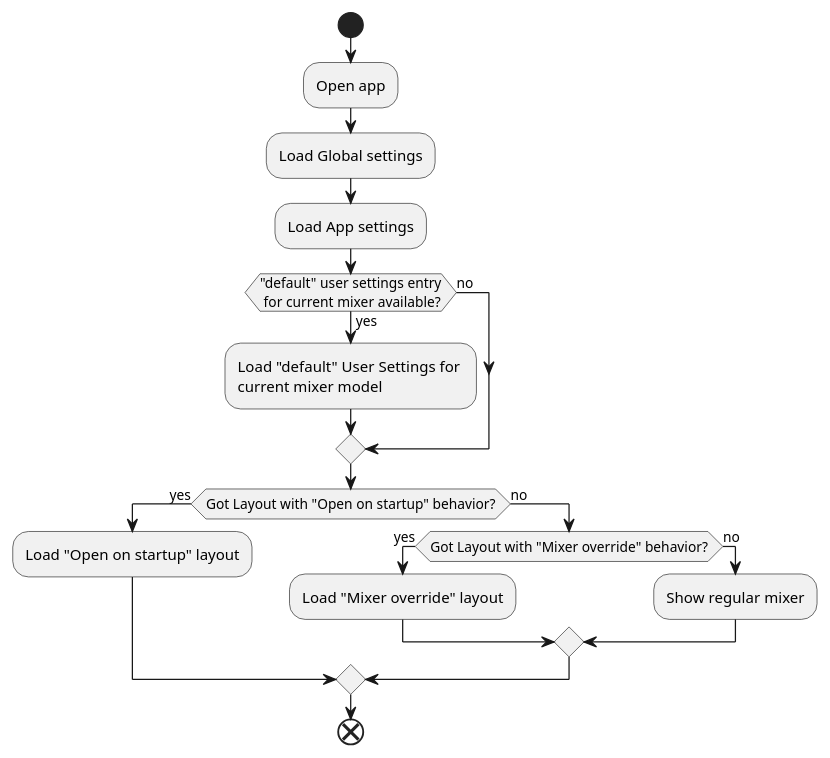
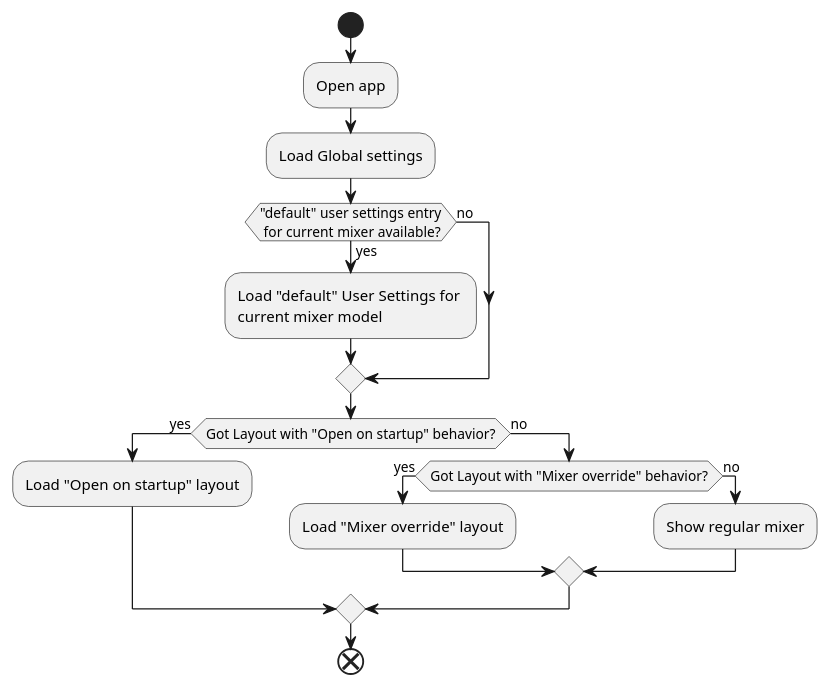
One commit to davidgiga1993/mixing-station-docs changed the second of 2 diagrams in docs/settings/overview.md. Above: the diagram before and after it, drawn with PlantUML. The commit also changed other lines of this file and 14 other files, not shown here.

````diff
--- a/docs/settings/overview.md
+++ b/docs/settings/overview.md
@@ -39,21 +37,20 @@
 ```plantuml
 start
 :Open app;
 :Load Global settings;
-:Load App settings;
 if ("default" user settings entry\n for current mixer available?) then (yes)
 :Load "default" User Settings for \ncurrent mixer model;
 else (no)
 endif
 
 if (Got Layout with "Open on startup" behavior?) then (yes)
 :Load "Open on startup" layout;
 else (no)
    if (Got Layout with "Mixer override" behavior?) then (yes)
    :Load "Mixer override" layout;
    else (no)
    :Show regular mixer;
    endif
 endif
 end
 ```
````
